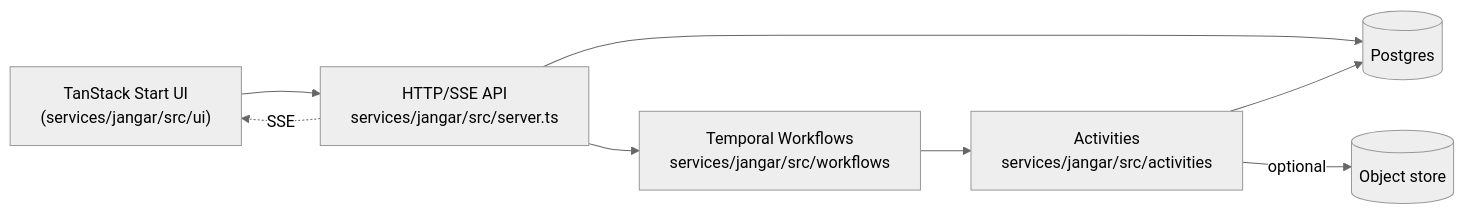
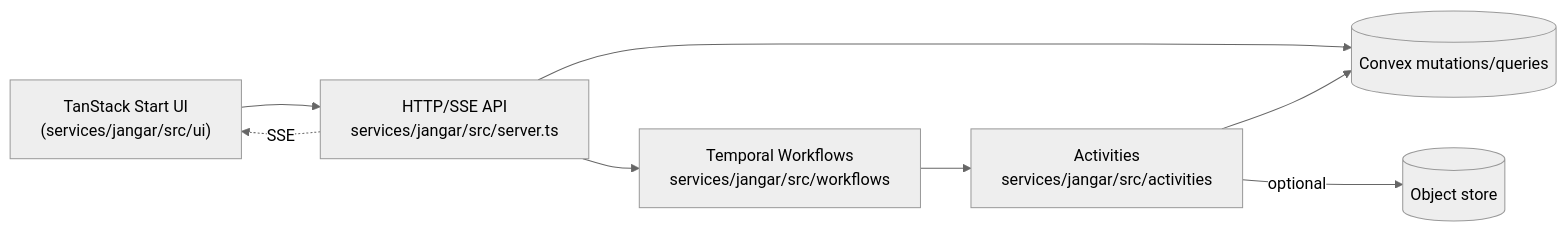
One commit to proompteng/lab changed the third of 3 diagrams in docs/jangar/design.md. Above: the diagram before and after it, drawn with Mermaid (neutral theme). The commit also changed other lines of this file and 28 other files, not shown here.

````diff
--- a/docs/jangar/design.md
+++ b/docs/jangar/design.md
@@ -155,10 +152,10 @@
     ```mermaid
     flowchart LR
       UI["TanStack Start UI\n(services/jangar/src/ui)"] --> API["HTTP/SSE API\nservices/jangar/src/server.ts"]
-      API --> DB[(Postgres)]
+      API --> CVX[(Convex mutations/queries)]
       API --> Temporal["Temporal Workflows\nservices/jangar/src/workflows"]
       Temporal --> Activities["Activities\nservices/jangar/src/activities"]
-      Activities --> DB
+      Activities --> CVX
       Activities -->|optional| Bucket[(Object store)]
       API -. SSE .-> UI
     ```
````
